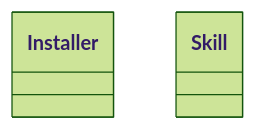
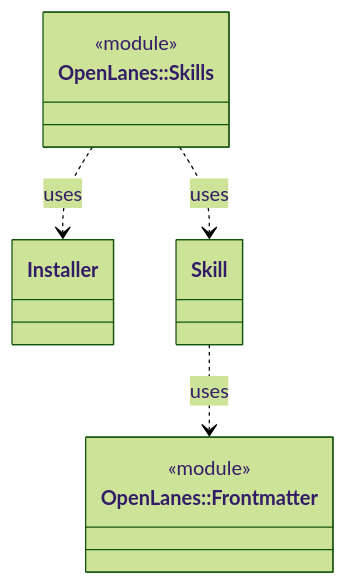
The diagram in docs/architecture/openlanes-skills.md (kigster/openlanes), drawn with Mermaid (forest theme) before and after one commit. The commit also changed 33 other files, not shown here.

````diff
--- a/docs/architecture/openlanes-skills.md
+++ b/docs/architecture/openlanes-skills.md
@@ -5,5 +5,12 @@
 ```mermaid
 classDiagram
+  class OpenLanes__Frontmatter["OpenLanes::Frontmatter"]
+  <<module>> OpenLanes__Frontmatter
+  class OpenLanes__Skills["OpenLanes::Skills"]
+  <<module>> OpenLanes__Skills
   class OpenLanes__Skills__Installer["Installer"]
   class OpenLanes__Skills__Skill["Skill"]
+  OpenLanes__Skills ..> OpenLanes__Skills__Installer : uses
+  OpenLanes__Skills ..> OpenLanes__Skills__Skill : uses
+  OpenLanes__Skills__Skill ..> OpenLanes__Frontmatter : uses
 ```
````
